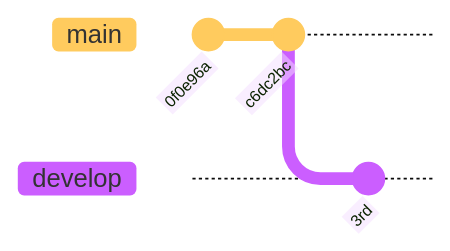
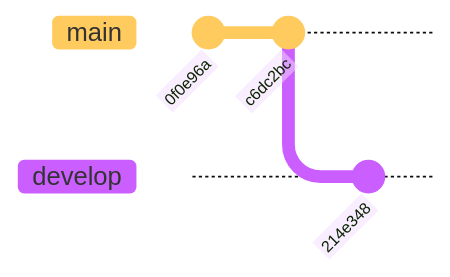
Before and after one commit to umr-marbec/git-training: diagram 17 of 23 in slides-git-quarto/slides-training.qmd, drawn with Mermaid. The commit also changed other lines of this file and 4 other files, not shown here.

````diff
--- a/slides-git-quarto/slides-training.qmd
+++ b/slides-git-quarto/slides-training.qmd
@@ -486,10 +570,10 @@
 ```{mermaid}
 %%| fig-width: 10
 %%| fig-height: 2
 %%{init: { 'logLevel': 'debug', 'theme': 'base', 'gitGraph': {'rotateCommitLabel': true}}}%%
 gitGraph
     commit id: "0f0e96a"
     commit id: "c6dc2bc"
     branch develop
-    commit id: "3rd"
+    commit id: "214e348"
 ```
````
